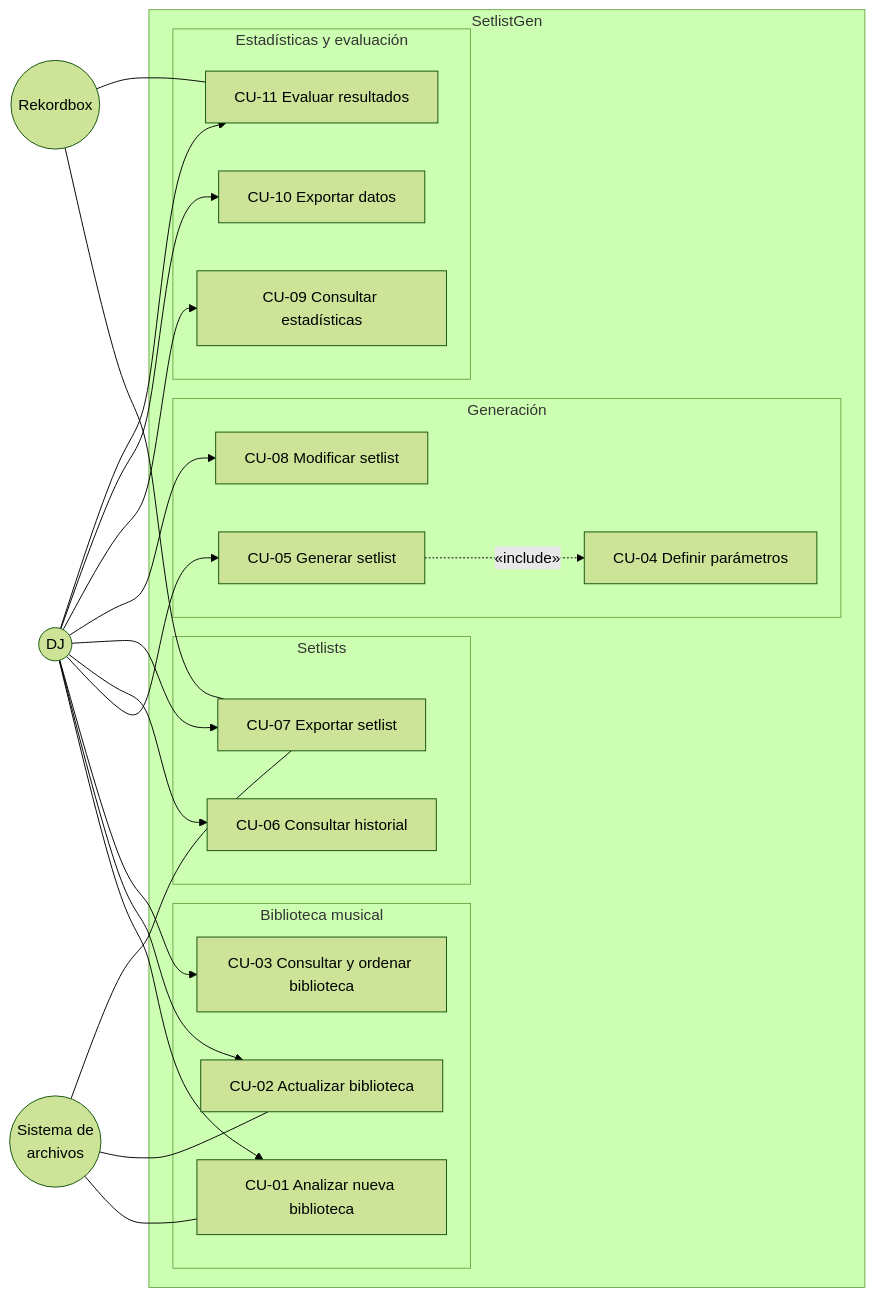
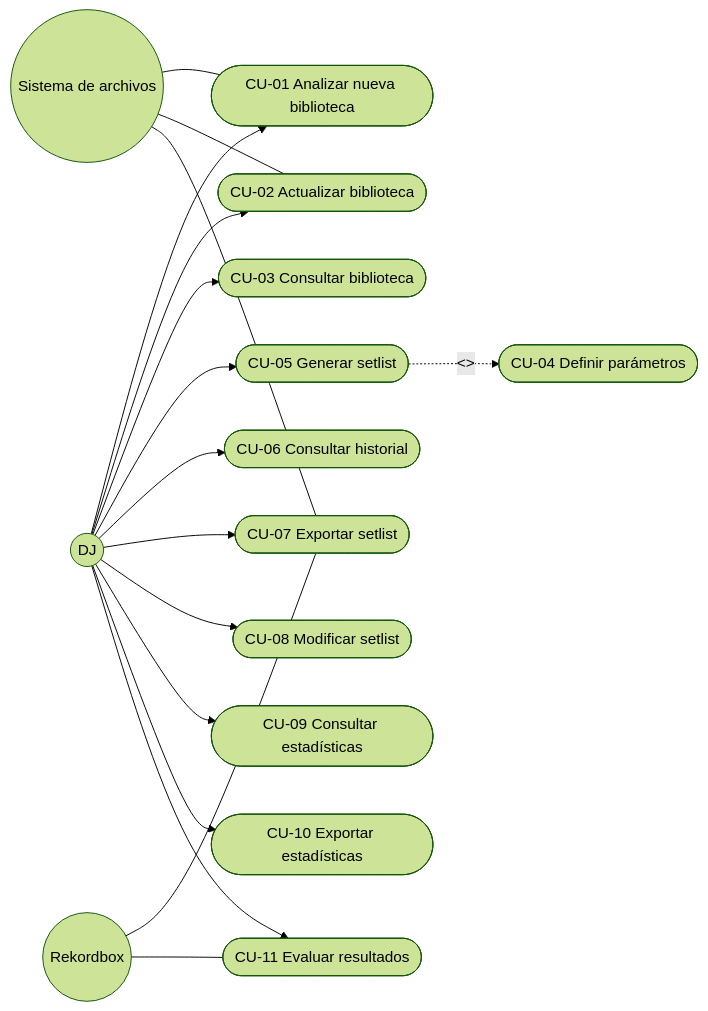
Before and after one commit to pabloo806/Trabajo-de-Fin-de-Grado: the diagram in docs/requirements/use-cases.md, drawn with Mermaid (forest theme).

Commit message:
Refactor flowchart by removing subgraphs
Removed subgraphs for musical library, generation, setlists, and statistics from the flowchart.

````diff
--- a/docs/requirements/use-cases.md
+++ b/docs/requirements/use-cases.md
@@ -39,58 +39,40 @@
 ```mermaid
 flowchart LR
 
     DJ((DJ))
 
-    subgraph SG["SetlistGen"]
-
-        subgraph LIB["Biblioteca musical"]
-            CU01["CU-01 Analizar nueva biblioteca"]
-            CU02["CU-02 Actualizar biblioteca"]
-            CU03["CU-03 Consultar y ordenar biblioteca"]
-        end
-
-        subgraph GEN["Generación"]
-            CU04["CU-04 Definir parámetros"]
-            CU05["CU-05 Generar setlist"]
-            CU08["CU-08 Modificar setlist"]
-        end
-
-        subgraph SET["Setlists"]
-            CU06["CU-06 Consultar historial"]
-            CU07["CU-07 Exportar setlist"]
-        end
-
-        subgraph EST["Estadísticas y evaluación"]
-            CU09["CU-09 Consultar estadísticas"]
-            CU10["CU-10 Exportar datos"]
-            CU11["CU-11 Evaluar resultados"]
-        end
-
-    end
-
-    FS((Sistema de<br/>archivos))
+    CU01([CU-01 Analizar nueva biblioteca])
+    CU02([CU-02 Actualizar biblioteca])
+    CU03([CU-03 Consultar biblioteca])
+    CU04([CU-04 Definir parámetros])
+    CU05([CU-05 Generar setlist])
+    CU06([CU-06 Consultar historial])
+    CU07([CU-07 Exportar setlist])
+    CU08([CU-08 Modificar setlist])
+    CU09([CU-09 Consultar estadísticas])
+    CU10([CU-10 Exportar estadísticas])
+    CU11([CU-11 Evaluar resultados])
 
     RB((Rekordbox))
+    FS((Sistema de archivos))
 
     DJ --> CU01
     DJ --> CU02
     DJ --> CU03
-
     DJ --> CU05
     DJ --> CU06
     DJ --> CU07
     DJ --> CU08
-
     DJ --> CU09
     DJ --> CU10
     DJ --> CU11
 
-    CU05 -. «include» .-> CU04
+    CU05 -.<<include>>.-> CU04
 
     FS --- CU01
     FS --- CU02
     FS --- CU07
 
     RB --- CU07
     RB --- CU11
 ```
````
